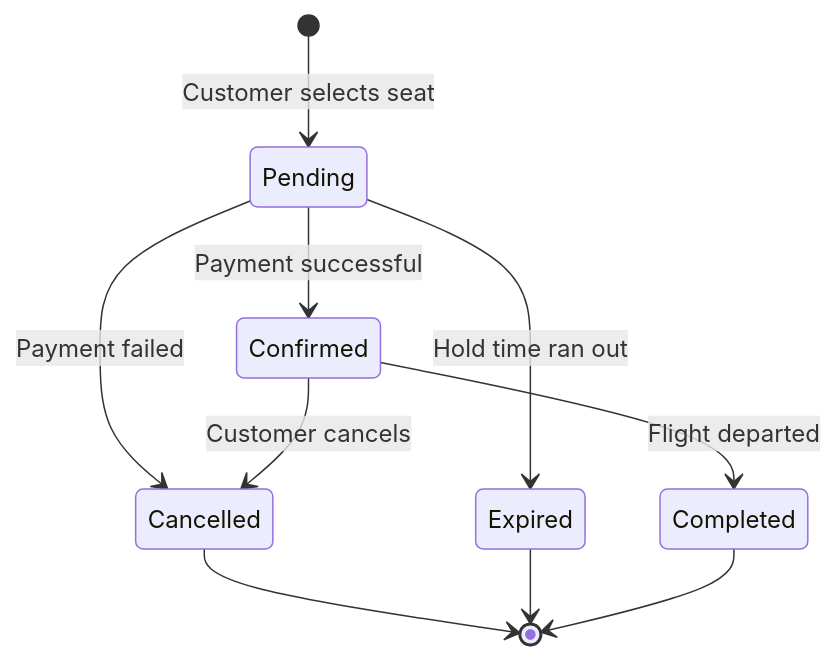
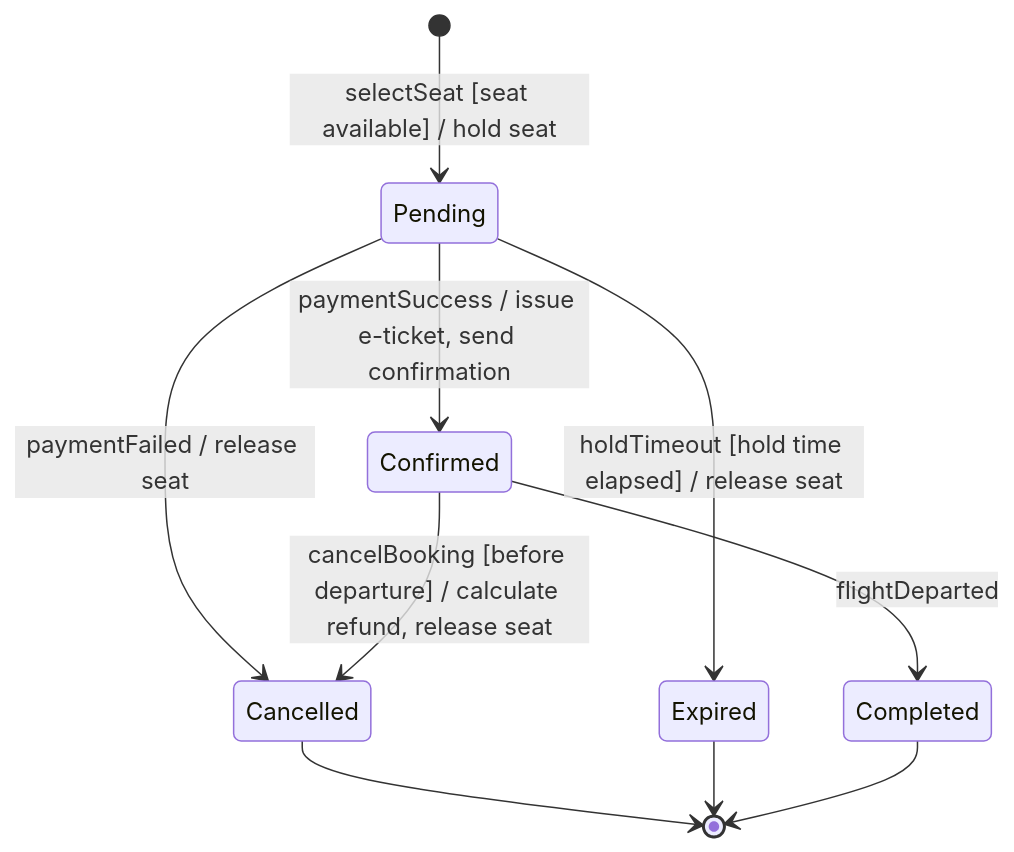
One commit to AbdalslamBondoq/Software-project-Flight-Booking-System changed the diagram in uml/state_booking.md. Above: the diagram before and after it, drawn with Mermaid. The commit also changed other lines of this file and 2 other files, not shown here.

Commit message:
update requirements

````diff
--- a/uml/state_booking.md
+++ b/uml/state_booking.md
@@ -3,12 +5,12 @@
 ```mermaid
 stateDiagram-v2
-    [*] --> Pending : Customer selects seat
-    Pending --> Confirmed : Payment successful
-    Pending --> Cancelled : Payment failed
-    Pending --> Expired : Hold time ran out
-    Confirmed --> Cancelled : Customer cancels
-    Confirmed --> Completed : Flight departed
+    [*] --> Pending : selectSeat [seat available] / hold seat
+    Pending --> Confirmed : paymentSuccess / issue e-ticket, send confirmation
+    Pending --> Cancelled : paymentFailed / release seat
+    Pending --> Expired : holdTimeout [hold time elapsed] / release seat
+    Confirmed --> Cancelled : cancelBooking [before departure] / calculate refund, release seat
+    Confirmed --> Completed : flightDeparted
     Cancelled --> [*]
     Expired --> [*]
     Completed --> [*]
 ```
````
